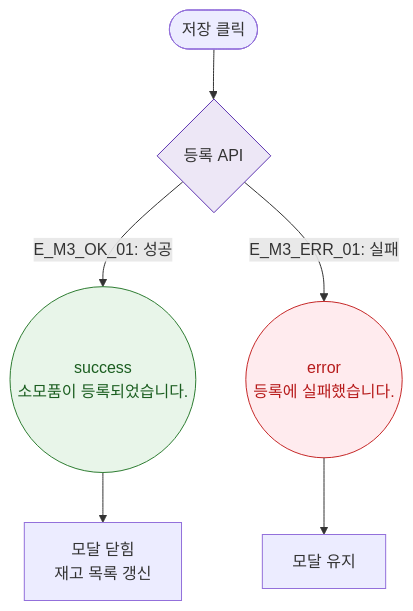
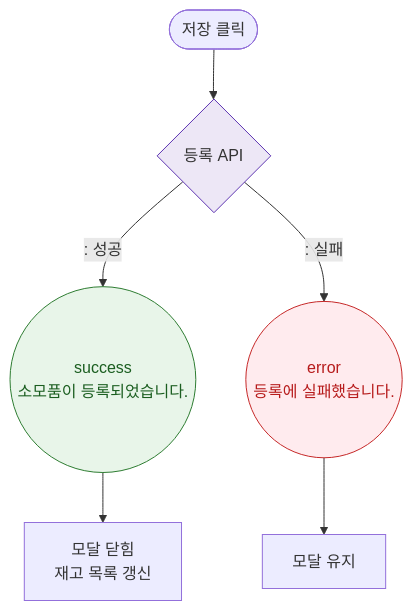
The diagram in docs/다이어그램/D06_시설관리/DLG/DLG-057-001_소모품등록/M3_결과분기.md (dev-spogym/admin-pando), drawn with Mermaid before and after one commit. The commit also changed other lines of this file and 1660 other files, not shown here.

First line of the commit message:
다이어그램: 기획자/클라이언트 납품본으로 정리

````diff
--- a/docs/다이어그램/D06_시설관리/DLG/DLG-057-001_소모품등록/M3_결과분기.md
+++ b/docs/다이어그램/D06_시설관리/DLG/DLG-057-001_소모품등록/M3_결과분기.md
@@ -16,15 +14,15 @@
 ```mermaid
 flowchart TD
     ACTION([저장 클릭]) --> SaveAPI{등록 API}
-    SaveAPI -->|"E_M3_OK_01: 성공"| SuccessToast((success\n소모품이 등록되었습니다.))
-    SaveAPI -->|"E_M3_ERR_01: 실패"| ErrToast((error\n등록에 실패했습니다.))
+    SaveAPI -->|": 성공"|SuccessToast((success\n소모품이 등록되었습니다.))
+    SaveAPI -->|": 실패"|ErrToast((error\n등록에 실패했습니다.))
     SuccessToast --> CLOSE[모달 닫힘\n재고 목록 갱신]
     ErrToast --> STAY[모달 유지]
 
     classDef success fill:#E8F5E9,stroke:#2E7D32,color:#1B5E20
     classDef error fill:#FFEBEE,stroke:#C62828,color:#B71C1C
     classDef system fill:#EDE7F6,stroke:#5E35B2
     class SuccessToast success
     class ErrToast error
     class SaveAPI system
 ```
````
